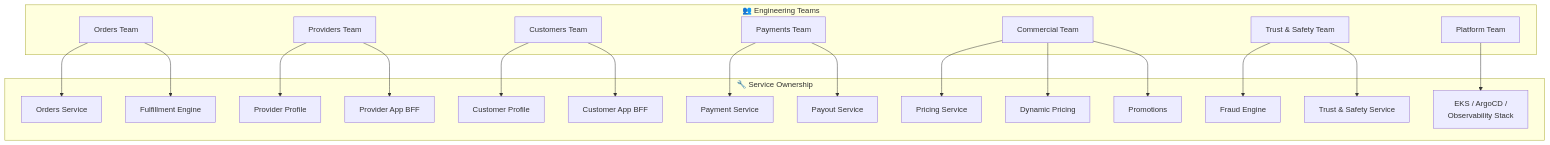
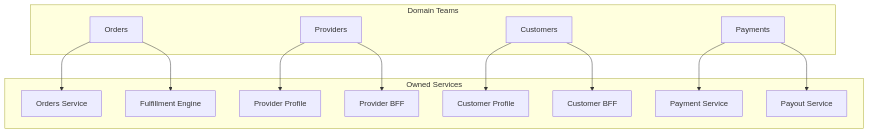
The second of 7 diagrams in 02-architecture-and-api/07-service-decomposition.md (rishikeshdhokare/platform-manifesto), drawn with Mermaid before and after one commit. The commit also changed other lines of this file and 12 other files, not shown here.

First line of the commit message:
fix: refactor Mermaid diagrams for compliance (#135)

````diff
--- a/02-architecture-and-api/07-service-decomposition.md
+++ b/02-architecture-and-api/07-service-decomposition.md
@@ -82,45 +81,29 @@
 ```mermaid
 graph TB
-    subgraph Teams["👥 Engineering Teams"]
-        Orders["Orders Team"]
-        Providers["Providers Team"]
-        Customers["Customers Team"]
-        Payments["Payments Team"]
-        Commercial["Commercial Team"]
-        TrustSafety["Trust & Safety Team"]
-        Platform["Platform Team"]
+    subgraph teams["Domain Teams"]
+        orders["Orders"]
+        providers["Providers"]
+        customers["Customers"]
+        payments["Payments"]
     end
 
-    subgraph Services["🔧 Service Ownership"]
-        TS["Orders Service"]
-        ME["Fulfillment Engine"]
-        DP["Provider Profile"]
-        DA["Provider App BFF"]
-        RP["Customer Profile"]
-        RA["Customer App BFF"]
-        PS["Payment Service"]
-        PO["Payout Service"]
-        PR["Pricing Service"]
-        SP["Dynamic Pricing"]
-        Promo["Promotions"]
-        FE["Fraud Engine"]
-        SS["Trust & Safety Service"]
-        Infra["EKS / ArgoCD /<br/>Observability Stack"]
+    subgraph services["Owned Services"]
+        orderSvc["Orders Service"]
+        fulfillment["Fulfillment Engine"]
+        providerProfile["Provider Profile"]
+        providerBff["Provider BFF"]
+        customerProfile["Customer Profile"]
+        customerBff["Customer BFF"]
+        paymentSvc["Payment Service"]
+        payoutSvc["Payout Service"]
     end
 
-    Orders --> TS
-    Orders --> ME
-    Providers --> DP
-    Providers --> DA
-    Customers --> RP
-    Customers --> RA
-    Payments --> PS
-    Payments --> PO
-    Commercial --> PR
-    Commercial --> SP
-    Commercial --> Promo
-    TrustSafety --> FE
-    TrustSafety --> SS
-    Platform --> Infra
-
+    orders --> orderSvc
+    orders --> fulfillment
+    providers --> providerProfile
+    providers --> providerBff
+    customers --> customerProfile
+    customers --> customerBff
+    payments --> paymentSvc
+    payments --> payoutSvc
 ```
````
